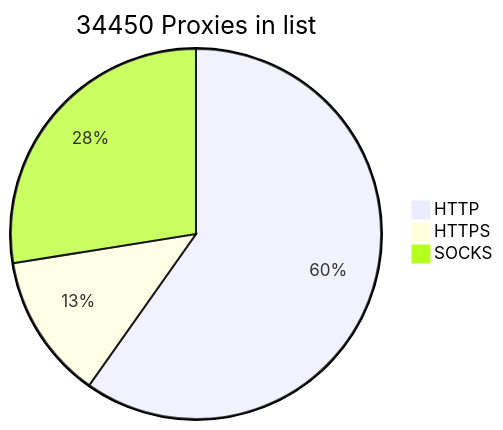
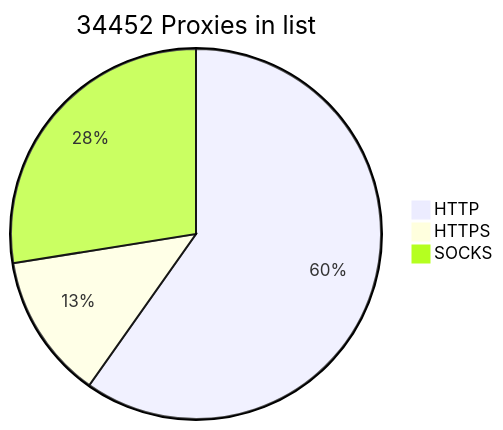
The diagram in README.md (BlackSnowDot/proxylist-update-every-minute), drawn with Mermaid before and after one commit.

````diff
--- a/README.md
+++ b/README.md
@@ -2,6 +2,6 @@
 ```mermaid
-pie title 34450 Proxies in list
-    "HTTP" : 22837
-    "HTTPS": 4851
-    "SOCKS" : 10514
+pie title 34452 Proxies in list
+    "HTTP" : 22838
+    "HTTPS": 4852
+    "SOCKS" : 10515
 ```
````
